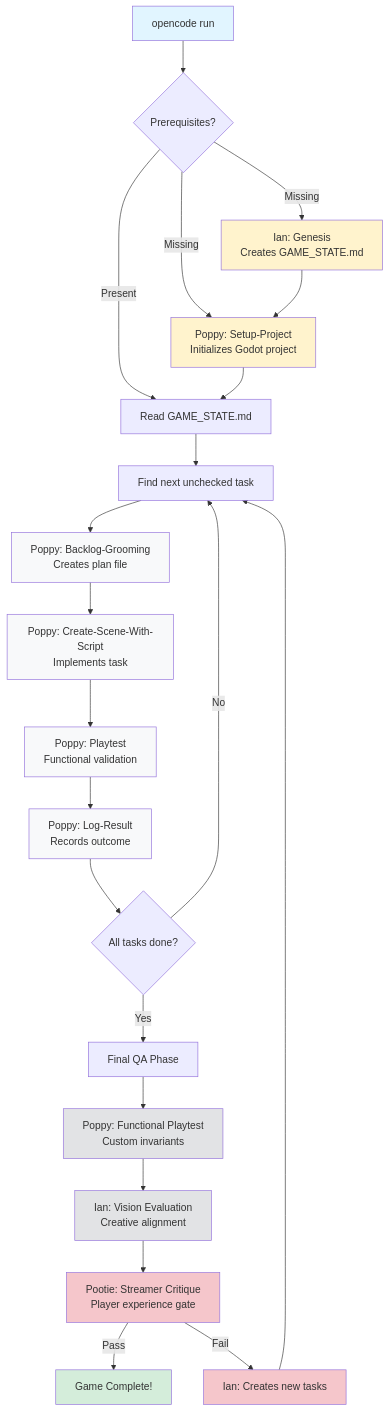
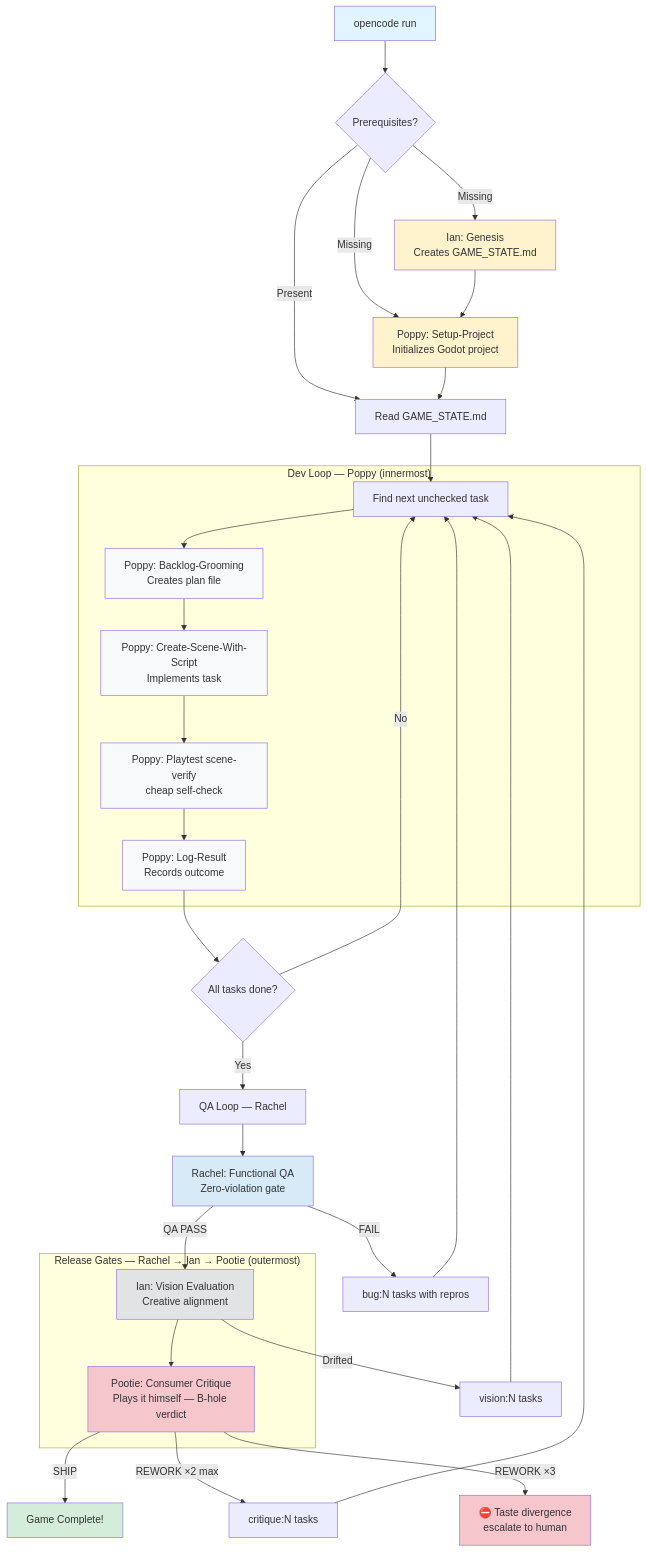
One commit to mcanevet/MythicQuest changed the diagram in README.md. Above: the diagram before and after it, drawn with Mermaid. The commit also changed other lines of this file and 7 other files, not shown here.

First line of the commit message:
feat(orchestration): vision loop, SKIP_CONSUMER_LOOP flag, web-research grants, task grammar, README diagram

````diff
--- a/README.md
+++ b/README.md
@@ -89,45 +91,57 @@
 ```mermaid
 flowchart TB
     Start["opencode run"] --> Check{Prerequisites?}
     Check -->|Missing| Genesis[Ian: Genesis<br/>Creates GAME_STATE.md]
     Check -->|Missing| Setup[Poppy: Setup-Project<br/>Initializes Godot project]
     Check -->|Present| ReadBacklog[Read GAME_STATE.md]
     
     Genesis --> Setup
     Setup --> ReadBacklog
     
-    ReadBacklog --> FindTask[Find next unchecked task]
-    FindTask --> Plan[Poppy: Backlog-Grooming<br/>Creates plan file]
+    subgraph DevLoop["Dev Loop — Poppy (innermost)"]
+        FindTask[Find next unchecked task]
+        FindTask --> Plan[Poppy: Backlog-Grooming<br/>Creates plan file]
+        Plan --> Implement[Poppy: Create-Scene-With-Script<br/>Implements task]
+        Implement --> SelfCheck[Poppy: Playtest scene-verify<br/>cheap self-check]
+        SelfCheck --> Log[Poppy: Log-Result<br/>Records outcome]
+    end
     
-    Plan --> Implement[Poppy: Create-Scene-With-Script<br/>Implements task]
-    Implement --> Playtest[Poppy: Playtest<br/>Functional validation]
+    ReadBacklog --> FindTask
+    Log --> Complete{All tasks done?}
+    Complete -->|No| FindTask
     
-    Playtest --> Log[Poppy: Log-Result<br/>Records outcome]
-    Log --> Complete{All tasks done?}
+    Complete -->|Yes| QA[QA Loop — Rachel]
+    QA --> FunctPlaytest[Rachel: Functional QA<br/>Zero-violation gate]
+    FunctPlaytest -->|FAIL| BugTasks[bug:N tasks with repros]
+    BugTasks --> FindTask
     
-    Complete -->|No| FindTask
-    Complete -->|Yes| QA[Final QA Phase]
+    subgraph ReleaseGates["Release Gates — Rachel → Ian → Pootie (outermost)"]
+        VisionGate[Ian: Vision Evaluation<br/>Creative alignment]
+        VisionGate --> Critique[Pootie: Consumer Critique<br/>Plays it himself — B-hole verdict]
+    end
     
-    QA --> FunctPlaytest[Poppy: Functional Playtest<br/>Custom invariants]
-    FunctPlaytest --> Vision[Ian: Vision Evaluation<br/>Creative alignment]
-    Vision --> Critique[Pootie: Streamer Critique<br/>Player experience gate]
+    FunctPlaytest -->|QA PASS| VisionGate
+    VisionGate -->|Drifted| VisionTasks[vision:N tasks]
+    VisionTasks --> FindTask
     
-    Critique -->|Pass| End["Game Complete!"]
-    Critique -->|Fail| NewTasks[Ian: Creates new tasks]
-    NewTasks --> FindTask
+    Critique -->|SHIP| End["Game Complete!"]
+    Critique -->|REWORK ×2 max| CritiqueTasks[critique:N tasks]
+    CritiqueTasks --> FindTask
+    Critique -->|REWORK ×3| Human["⛔ Taste divergence<br/>escalate to human"]
 
-    %% Feedback loop is bounded by agent.build.steps cap (default 300 in opencode.jsonc).
+    %% Feedback loops are bounded by agent.build.steps cap (default 300 in opencode.jsonc)
+    %% and the pootie rework-cycle cap (2) in agents/build.md.
     
     style Start fill:#e1f5ff
     style End fill:#d4edda
     style Genesis fill:#fff3cd
     style Setup fill:#fff3cd
     style Plan fill:#f8f9fa
     style Implement fill:#f8f9fa
-    style Playtest fill:#f8f9fa
+    style SelfCheck fill:#f8f9fa
     style Log fill:#f8f9fa
-    style FunctPlaytest fill:#e2e3e5
-    style Vision fill:#e2e3e5
+    style FunctPlaytest fill:#d6eaf8
+    style VisionGate fill:#e2e3e5
     style Critique fill:#f5c6cb
-    style NewTasks fill:#f5c6cb
+    style Human fill:#f5c6cb
 ```
````
